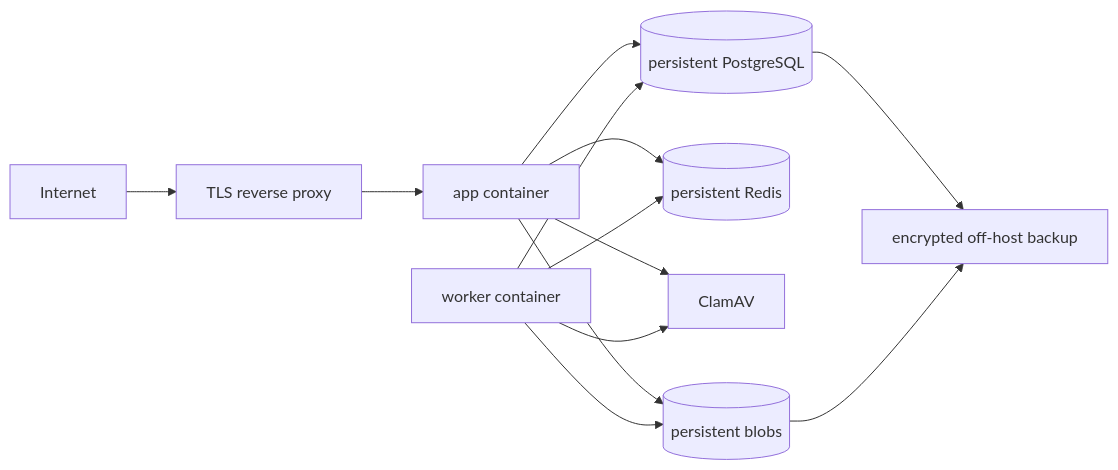
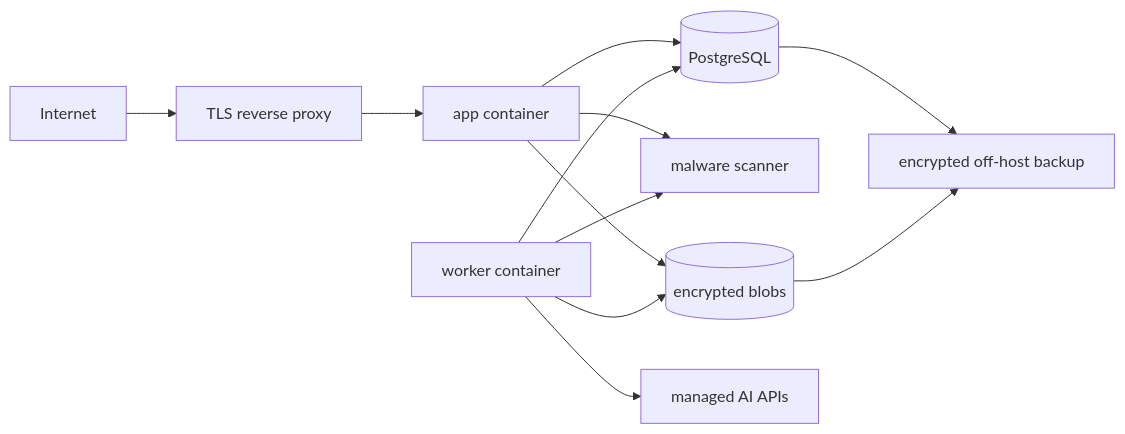
One commit to fsantibanezleal/CAOS_CareerTwin changed the sixth of 6 diagrams in docs/architecture/README.md. Above: the diagram before and after it, drawn with Mermaid. The commit also changed other lines of this file and 137 other files, not shown here.

````diff
--- a/docs/architecture/README.md
+++ b/docs/architecture/README.md
@@ -95,15 +112,14 @@
 ```mermaid
 flowchart LR
   Internet --> TLS[TLS reverse proxy]
   TLS --> App[app container]
-  App --> DB[(persistent PostgreSQL)]
-  App --> Redis[(persistent Redis)]
+  App --> DB[(PostgreSQL)]
   Worker[worker container] --> DB
-  Worker --> Redis
-  App --> AV[ClamAV]
+  App --> AV[malware scanner]
   Worker --> AV
-  App --> Blob[(persistent blobs)]
+  App --> Blob[(encrypted blobs)]
   Worker --> Blob
+  Worker --> External[managed AI APIs]
   DB --> Backup[encrypted off-host backup]
   Blob --> Backup
 ```
````
